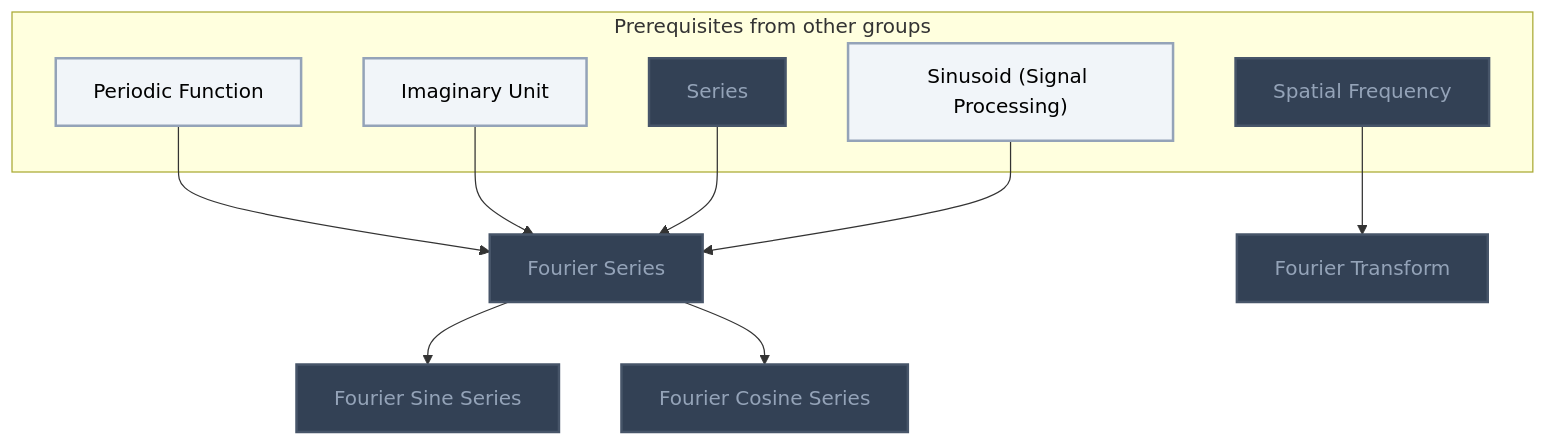
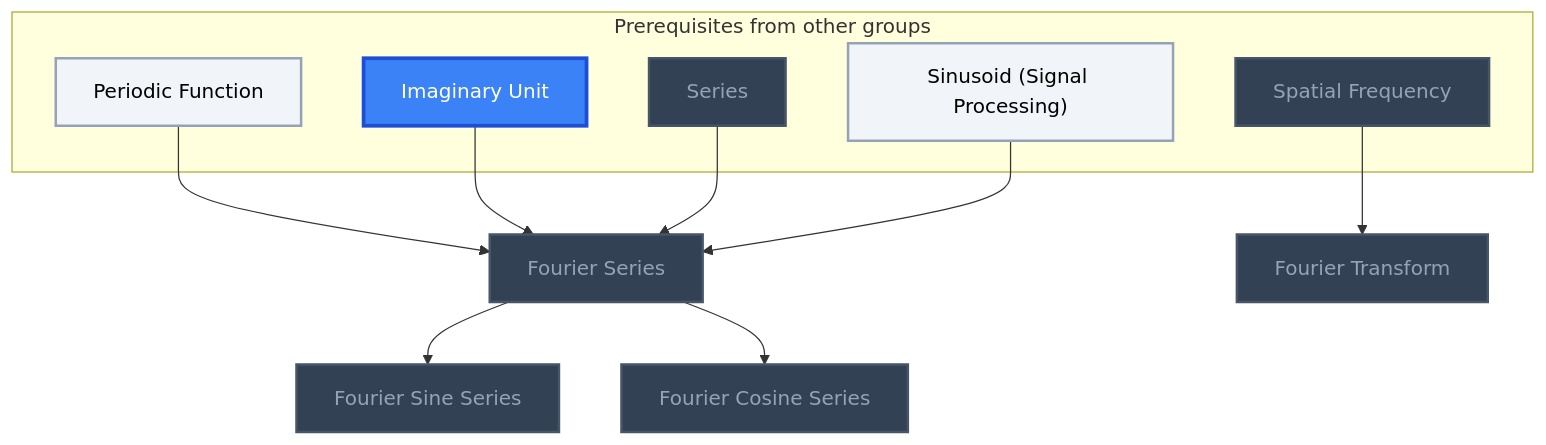
One commit to MRauf1/My-Notes changed diagram 22 of 22 in Gamification/Skill Trees/Real Analysis.md. Above: the diagram before and after it, drawn with Mermaid. The commit also changed other lines of this file and 57 other files, not shown here.

````diff
--- a/Gamification/Skill Trees/Real Analysis.md
+++ b/Gamification/Skill Trees/Real Analysis.md
@@ -1499,33 +1503,34 @@
 ```mermaid
 flowchart TD
     classDef planned fill:#1E293B,stroke:#64748B,stroke-width:2px,stroke-dasharray:5 5,color:#94A3B8;
     classDef locked fill:#334155,stroke:#475569,stroke-width:2px,color:#94A3B8;
     classDef L0 fill:#F1F5F9,stroke:#94A3B8,stroke-width:2px,color:#000000;
     classDef L1 fill:#22C55E,stroke:#15803D,stroke-width:2px,color:#000000;
     classDef L2 fill:#3B82F6,stroke:#1D4ED8,stroke-width:3px,color:#FFFFFF;
     classDef L3 fill:#A855F7,stroke:#6B21A8,stroke-width:3px,color:#FFFFFF,font-weight:bold;
     classDef L4 fill:#F97316,stroke:#C2410C,stroke-width:4px,color:#000000,font-weight:bold;
     classDef L5 fill:#FFD700,stroke:#FF8C00,stroke-width:5px,color:#000000,font-weight:bold;
     classDef rusty stroke:#8B4513,stroke-width:4px,stroke-dasharray:3 3;
     subgraph sg_prereqs["Prerequisites from other groups"]
         n_periodic_function["Periodic Function"]
         n_imaginary_unit["Imaginary Unit"]
         n_series["Series"]
         n_sinusoid_signal_processing["Sinusoid (Signal Processing)"]
         n_spatial_frequency["Spatial Frequency"]
     end
     n_fourier_series["Fourier Series"]
     n_fourier_sine_series["Fourier Sine Series"]
     n_fourier_cosine_series["Fourier Cosine Series"]
     n_fourier_transform["Fourier Transform"]
     n_periodic_function --> n_fourier_series
     n_imaginary_unit --> n_fourier_series
     n_series --> n_fourier_series
     n_sinusoid_signal_processing --> n_fourier_series
     n_fourier_series --> n_fourier_sine_series
     n_fourier_series --> n_fourier_cosine_series
     n_spatial_frequency --> n_fourier_transform
     class n_series,n_spatial_frequency,n_fourier_series,n_fourier_sine_series,n_fourier_cosine_series,n_fourier_transform locked;
-    class n_periodic_function,n_imaginary_unit,n_sinusoid_signal_processing L0;
+    class n_periodic_function,n_sinusoid_signal_processing L0;
+    class n_imaginary_unit L2;
     class n_periodic_function,n_imaginary_unit,n_series,n_sinusoid_signal_processing,n_spatial_frequency,n_fourier_series,n_fourier_sine_series,n_fourier_cosine_series,n_fourier_transform internal-link;
 ```
````
